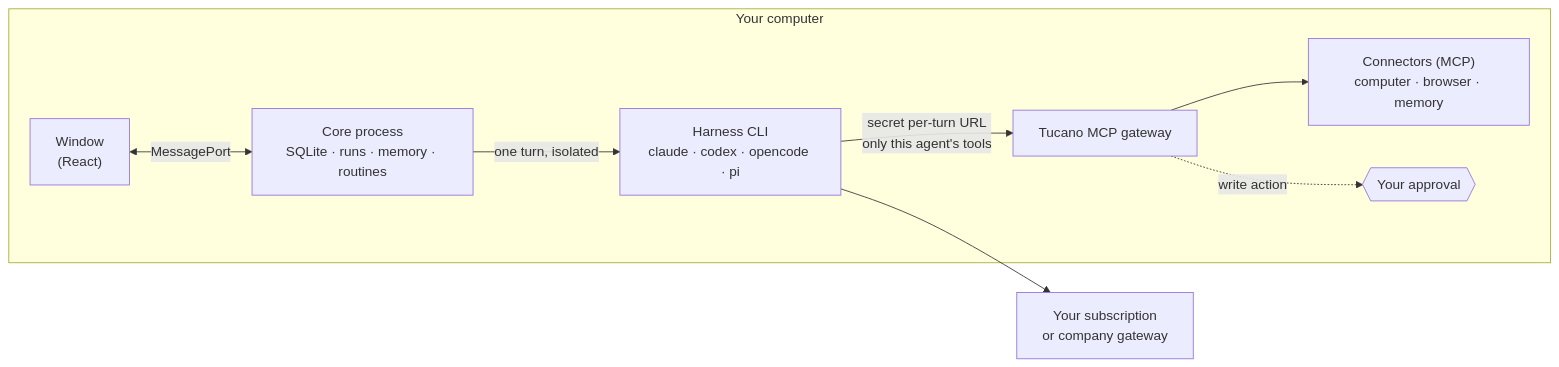
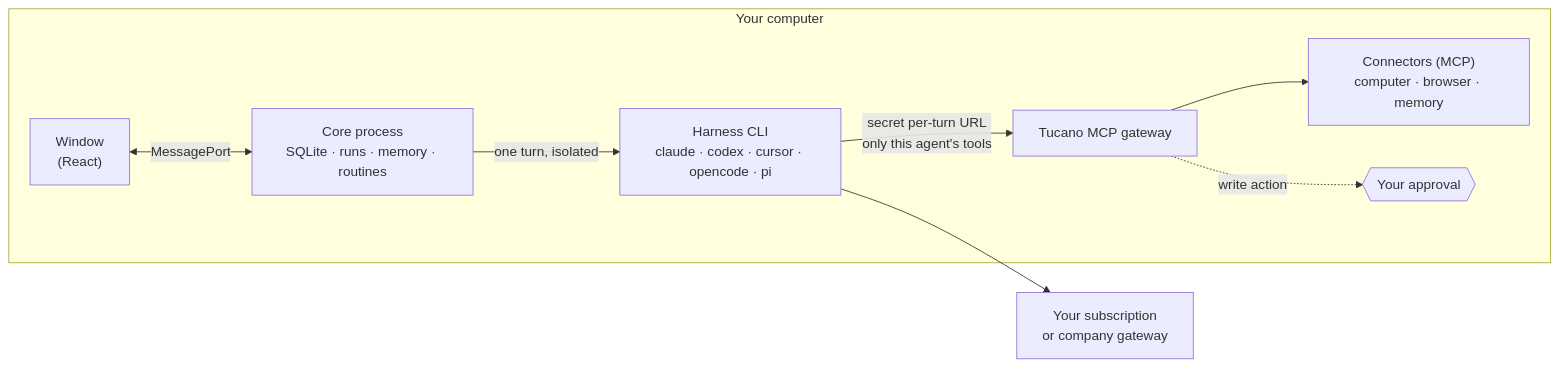
The diagram in README.md (eduwxyz/tucano), drawn with Mermaid before and after one commit. The commit also changed other lines of this file and 2 other files, not shown here.

First line of the commit message:
Let Cursor agents see the images attached in the chat

````diff
--- a/README.md
+++ b/README.md
@@ -159,11 +160,11 @@
 ```mermaid
 flowchart LR
   subgraph Mac["Your computer"]
     UI["Window<br/>(React)"] <-->|MessagePort| Core["Core process<br/>SQLite · runs · memory · routines"]
-    Core -->|"one turn, isolated"| CLI["Harness CLI<br/>claude · codex · opencode · pi"]
+    Core -->|"one turn, isolated"| CLI["Harness CLI<br/>claude · codex · cursor · opencode · pi"]
     CLI -->|"secret per-turn URL<br/>only this agent's tools"| GW["Tucano MCP gateway"]
     GW --> Tools["Connectors (MCP)<br/>computer · browser · memory"]
     GW -.->|"write action"| OK{{"Your approval"}}
   end
   CLI --> Model["Your subscription<br/>or company gateway"]
 ```
````
